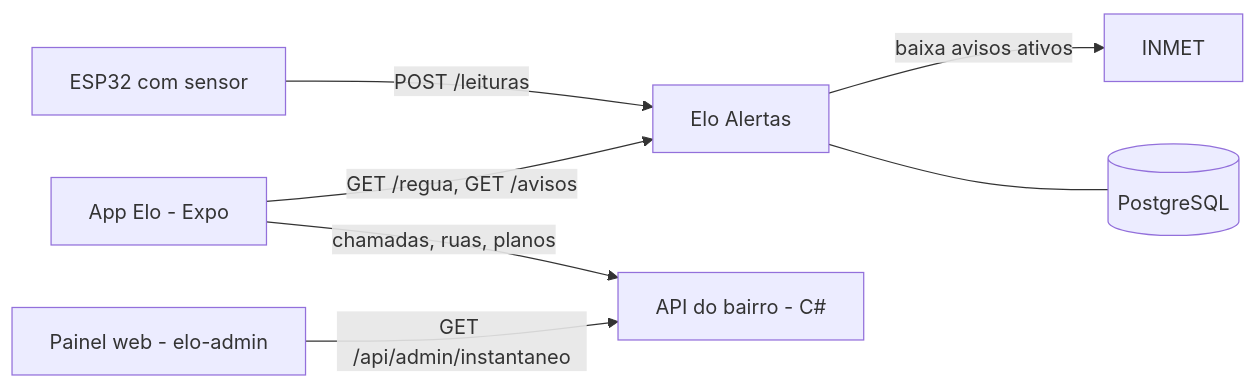
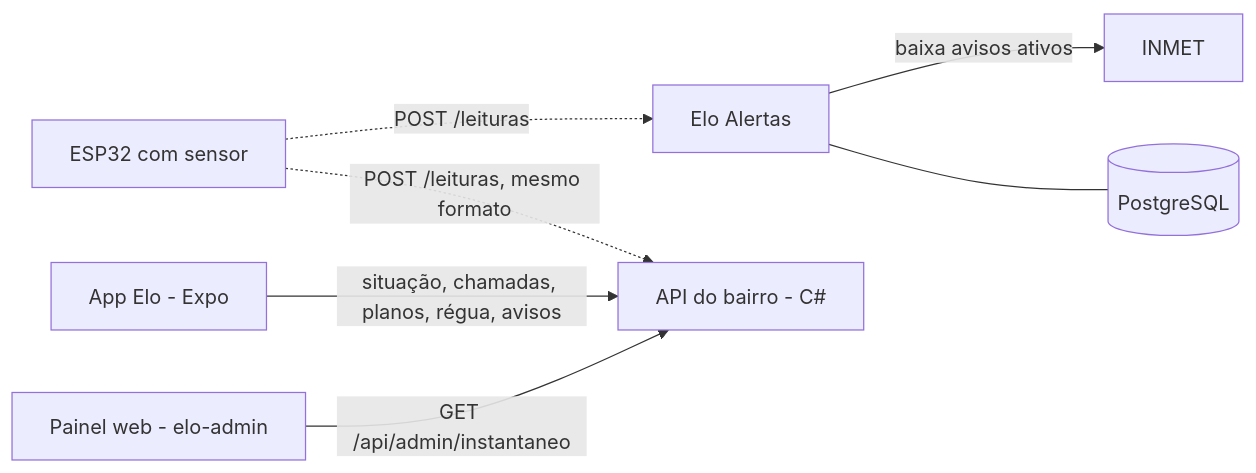
The first of 2 diagrams in README.md (Elo-Fiap/elo-alertas), drawn with Mermaid before and after one commit. The commit also changed other lines of this file and 3 other files, not shown here.

First line of the commit message:
Ajustes da revisão: diagrama, evidências sem caminho local e testes das regras do banco

````diff
--- a/README.md
+++ b/README.md
@@ -12,9 +12,9 @@
 ```mermaid
 flowchart LR
-    ESP[ESP32 com sensor] -->|POST /leituras| ALERTAS[Elo Alertas]
-    APP[App Elo - Expo] -->|GET /regua, GET /avisos| ALERTAS
-    APP -->|chamadas, ruas, planos| BAIRRO[API do bairro - C#]
+    ESP[ESP32 com sensor] -.->|POST /leituras| ALERTAS[Elo Alertas]
+    ESP -.->|POST /leituras, mesmo formato| BAIRRO[API do bairro - C#]
+    APP[App Elo - Expo] -->|situação, chamadas, planos, régua, avisos| BAIRRO
     PAINEL[Painel web - elo-admin] -->|GET /api/admin/instantaneo| BAIRRO
     ALERTAS -->|baixa avisos ativos| INMET[INMET]
     ALERTAS --- DB[(PostgreSQL)]
 ```
````
